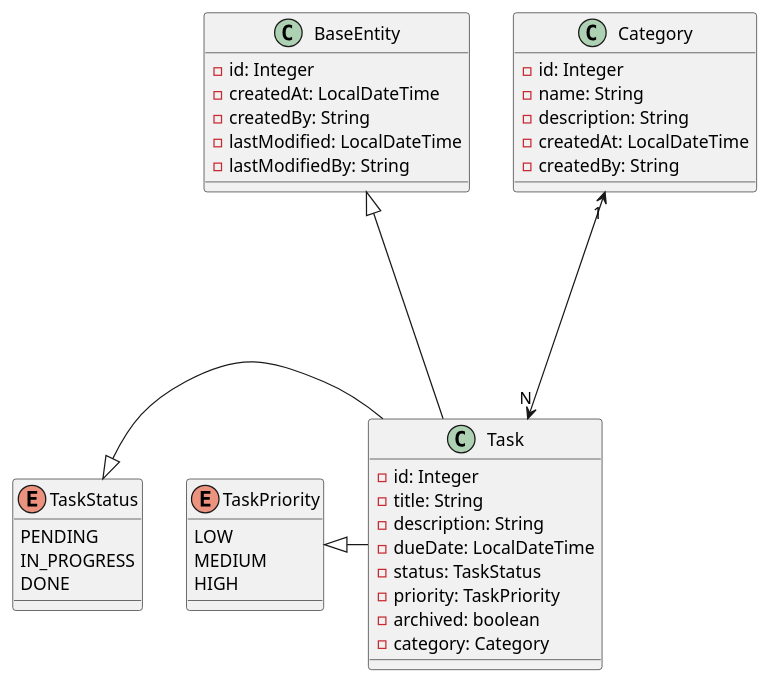
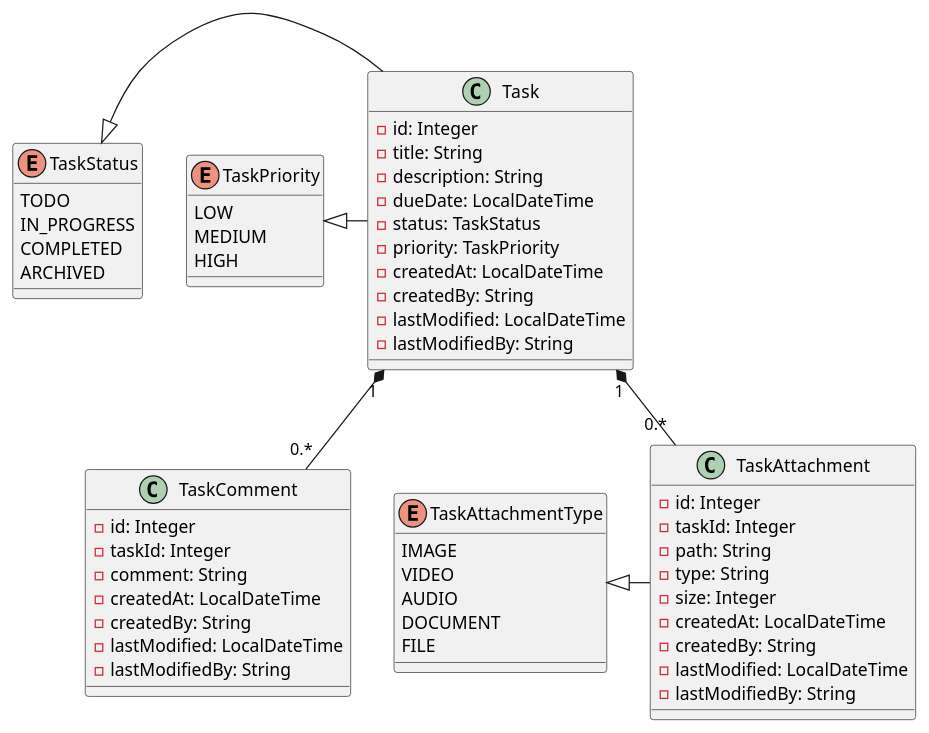
The diagram in taskmaster-database.puml (FFreitas997/Taskmaster-Backend), drawn with PlantUML before and after one commit. The commit also changed 2 other files, not shown here.

Commit message:
remove docker compose and databse design completed

```diff
--- a/taskmaster-database.puml
+++ b/taskmaster-database.puml
@@ -1,49 +1,68 @@
 @startuml
 'https://plantuml.com/class-diagram
-
-
-class BaseEntity {
-    -id: Integer
-    -createdAt: LocalDateTime
-    -createdBy: String
-    -lastModified: LocalDateTime
-    -lastModifiedBy: String
-}
 
 class Task {
     -id: Integer
     -title: String
     -description: String
     -dueDate: LocalDateTime
     -status: TaskStatus
     -priority: TaskPriority
-    -archived: boolean
-    -category: Category
+    -createdAt: LocalDateTime
+    -createdBy: String
+    -lastModified: LocalDateTime
+    -lastModifiedBy: String
 }
 
-class Category {
+class TaskAttachment{
     -id: Integer
-    -name: String
-    -description: String
+    -taskId: Integer
+    -path: String
+    -type: String
+    -size: Integer
     -createdAt: LocalDateTime
     -createdBy: String
+    -lastModified: LocalDateTime
+    -lastModifiedBy: String
+
+}
+
+class TaskComment{
+    -id: Integer
+    -taskId: Integer
+    -comment: String
+    -createdAt: LocalDateTime
+    -createdBy: String
+    -lastModified: LocalDateTime
+    -lastModifiedBy: String
 }
 
 enum TaskStatus {
-    PENDING
+    TODO
     IN_PROGRESS
-    DONE
+    COMPLETED
+    ARCHIVED
 }
 
 enum TaskPriority {
     LOW
     MEDIUM
     HIGH
 }
 
-BaseEntity <|---- Task
-Category "1"<---->"N" Task
+enum TaskAttachmentType {
+    IMAGE
+    VIDEO
+    AUDIO
+    DOCUMENT
+    FILE
+}
+
 TaskStatus <|- Task
 TaskPriority <|- Task
+TaskAttachmentType <|- TaskAttachment
+
+Task "1" *-- "0.*" TaskAttachment
+Task "1" *-- "0.*" TaskComment
 
 @enduml
```
